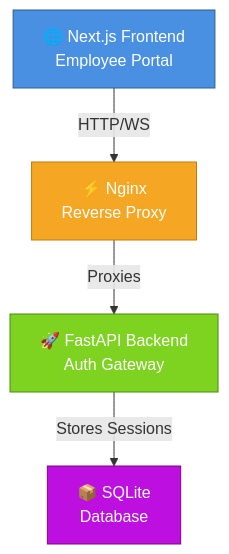
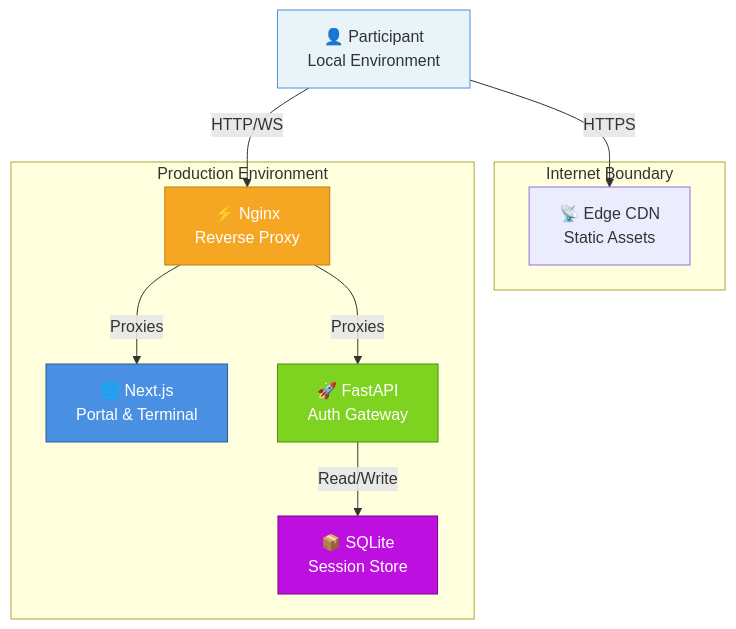
One commit to varunaditya27/Operation_E.D.I.T.H. changed the second of 4 diagrams in README.md. Above: the diagram before and after it, drawn with Mermaid. The commit also changed other lines of this file, not shown here.

````diff
--- a/README.md
+++ b/README.md
@@ -38,11 +71,27 @@
 ```mermaid
 graph TD
-    A["🌐 Next.js Frontend<br/>Employee Portal"] -->|HTTP/WS| B["⚡ Nginx<br/>Reverse Proxy"]
-    B -->|Proxies| C["🚀 FastAPI Backend<br/>Auth Gateway"]
-    C -->|Stores Sessions| D["📦 SQLite<br/>Database"]
+    Client["👤 Participant<br/>Local Environment"]
     
-    style A fill:#4A90E2,stroke:#2E5C8A,color:#fff
-    style B fill:#F5A623,stroke:#C17D0F,color:#fff
-    style C fill:#7ED321,stroke:#4A8C0F,color:#fff
-    style D fill:#BD10E0,stroke:#7A0680,color:#fff
+    subgraph Internet["Internet Boundary"]
+        CDN["📡 Edge CDN<br/>Static Assets"]
+    end
+    
+    subgraph Cloud["Production Environment"]
+        Nginx["⚡ Nginx<br/>Reverse Proxy"]
+        Frontend["🌐 Next.js<br/>Portal & Terminal"]
+        Backend["🚀 FastAPI<br/>Auth Gateway"]
+        Database["📦 SQLite<br/>Session Store"]
+    end
+    
+    Client -->|HTTPS| CDN
+    Client -->|HTTP/WS| Nginx
+    Nginx -->|Proxies| Frontend
+    Nginx -->|Proxies| Backend
+    Backend -->|Read/Write| Database
+    
+    style Client fill:#E8F4F8,stroke:#4A90E2
+    style Nginx fill:#F5A623,stroke:#C17D0F,color:#fff
+    style Frontend fill:#4A90E2,stroke:#2E5C8A,color:#fff
+    style Backend fill:#7ED321,stroke:#4A8C0F,color:#fff
+    style Database fill:#BD10E0,stroke:#7A0680,color:#fff
 ```
````
